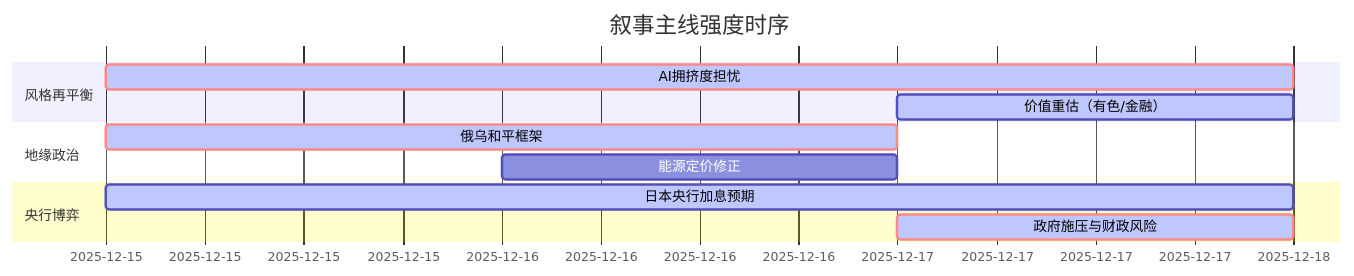
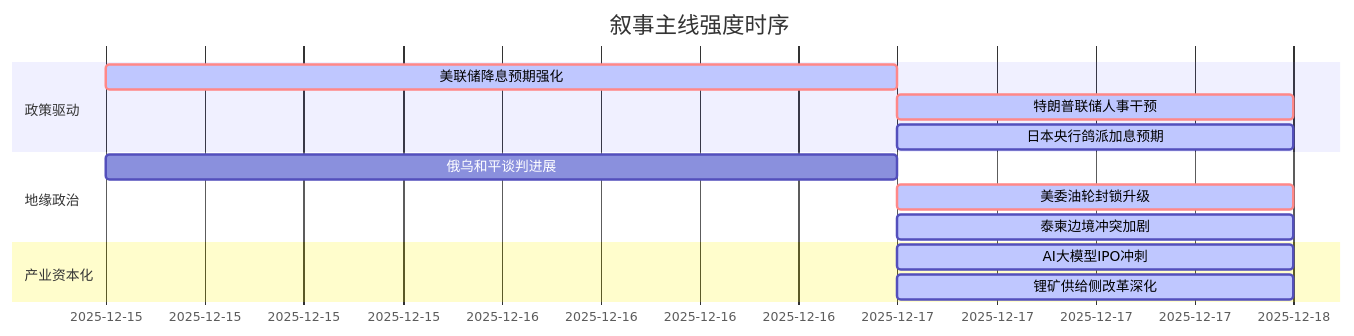
The diagram in README.md (uu5zn/uu5zn.github.io), drawn with Mermaid before and after one commit. The commit also changed other lines of this file and 18 other files, not shown here.

````diff
--- a/README.md
+++ b/README.md
@@ -52,16 +65,18 @@
 ```mermaid
 gantt
     title 叙事主线强度时序
     dateFormat  YYYY-MM-DD
-    section 风格再平衡
-    AI拥挤度担忧   :crit, active, 2025-12-15, 3d
-    价值重估（有色/金融）   :active, 2025-12-17, 1d
+    section 政策驱动
+    美联储降息预期强化   :crit, active, 2025-12-15, 2d
+    特朗普联储人事干预   :crit, active, 2025-12-17, 1d
+    日本央行鸽派加息预期 :active, 2025-12-17, 1d
     
     section 地缘政治
-    俄乌和平框架   :crit, active, 2025-12-15, 2d
-    能源定价修正   :2025-12-16, 1d
+    俄乌和平谈判进展     :2025-12-15, 2d
+    美委油轮封锁升级     :crit, active, 2025-12-17, 1d
+    泰柬边境冲突加剧     :active, 2025-12-17, 1d
     
-    section 央行博弈
-    日本央行加息预期   :active, 2025-12-15, 3d
-    政府施压与财政风险   :crit, active, 2025-12-17, 1d
+    section 产业资本化
+    AI大模型IPO冲刺     :active, 2025-12-17, 1d
+    锂矿供给侧改革深化   :active, 2025-12-17, 1d
 ```
````
